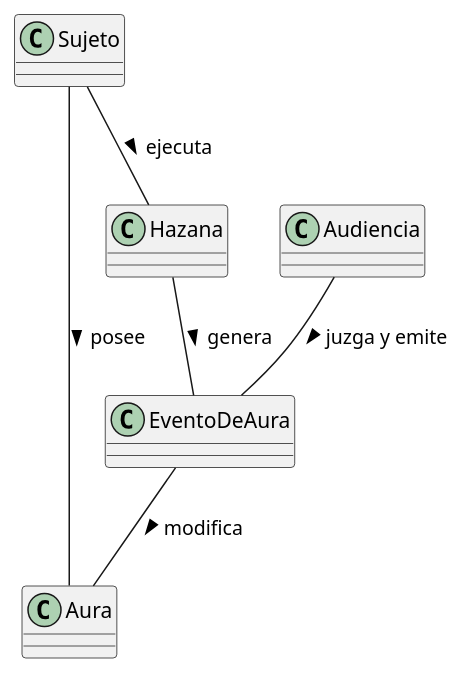
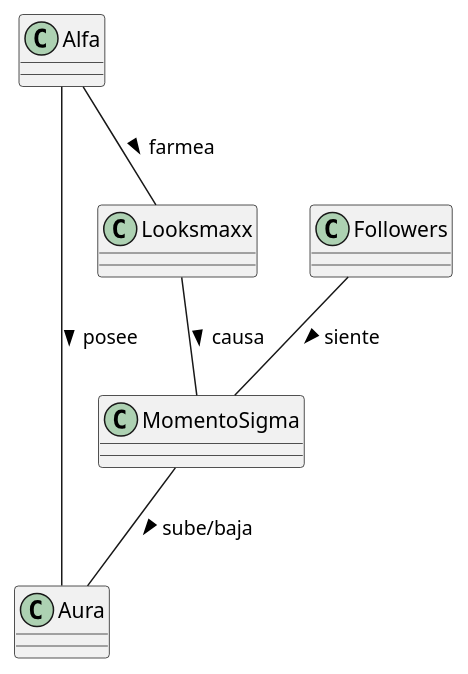
The diagram in entregas/melgaresJose/uml/aura.puml (fogg928s4/26-27-idsw1), drawn with PlantUML before and after one commit. The commit also changed 6 other files, not shown here.

```diff
--- a/entregas/melgaresJose/uml/aura.puml
+++ b/entregas/melgaresJose/uml/aura.puml
@@ -1,29 +1,25 @@
 @startuml
 
-class Sujeto {
+class Alfa {
+}
+
+class Aura {
+}
+
+class Looksmaxx {
+}
+
+class Followers {
+}
+
+class MomentoSigma {
 
 }
 
-class Aura {
-
-}
-
-class Hazana {
-
-}
-
-class Audiencia {
-
-}
-
-class EventoDeAura {
-
-}
-
-Sujeto -- Aura : posee >
-Sujeto  -- Hazana : ejecuta >
-Hazana  -- EventoDeAura : genera >
-Audiencia  -- EventoDeAura : juzga y emite >
-EventoDeAura --  Aura : modifica >
+Alfa -- Aura : posee >
+Alfa  -- Looksmaxx : farmea >
+Looksmaxx  -- MomentoSigma : causa >
+Followers  -- MomentoSigma : siente >
+MomentoSigma --  Aura : sube/baja >
 
 @enduml
```
